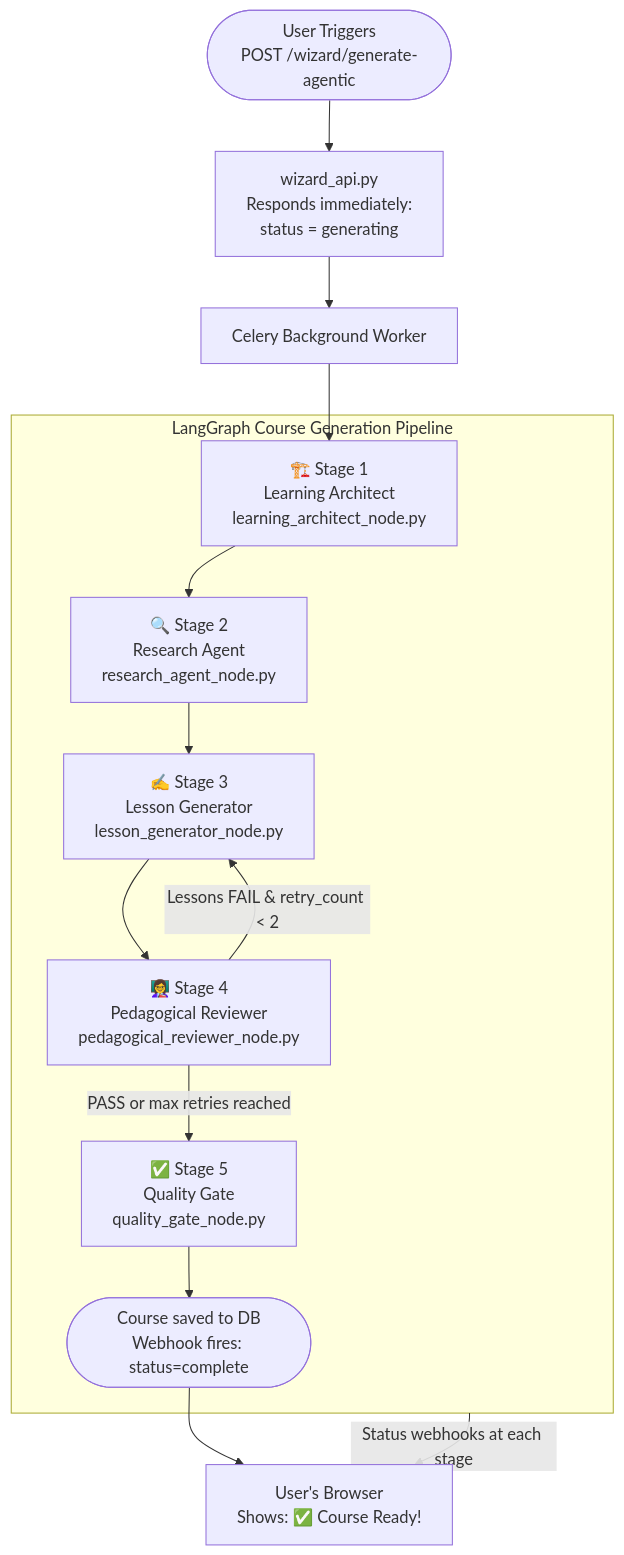
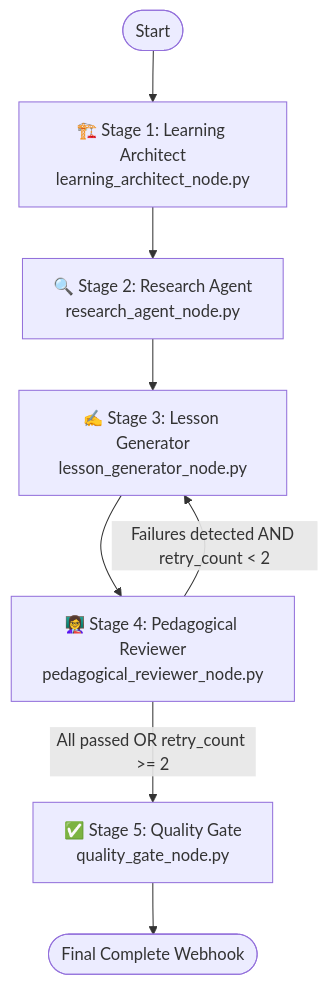
One commit to arnoldhere/CognitiveWizard changed the second of 6 diagrams in docs/Wizard_Generation.md. Above: the diagram before and after it, drawn with Mermaid. The commit also changed other lines of this file and 10 other files, not shown here.

Commit message:
FIX:Course generation bug fixes

````diff
--- a/docs/Wizard_Generation.md
+++ b/docs/Wizard_Generation.md
@@ -173,25 +121,11 @@
 ```mermaid
 flowchart TD
-    Start(["User Triggers\nPOST /wizard/generate-agentic"]) --> API["wizard_api.py\nResponds immediately:\nstatus = generating"]
-    API --> Celery["Celery Background Worker"]
+    Entry([Start]) --> Arch["🏗️ Stage 1: Learning Architect<br/>learning_architect_node.py"]
+    Arch --> Research["🔍 Stage 2: Research Agent<br/>research_agent_node.py"]
+    Research --> LessonGen["✍️ Stage 3: Lesson Generator<br/>lesson_generator_node.py"]
+    LessonGen --> Reviewer["👩‍🏫 Stage 4: Pedagogical Reviewer<br/>pedagogical_reviewer_node.py"]
 
-    subgraph Graph ["LangGraph Course Generation Pipeline"]
-        Arch["🏗️ Stage 1\nLearning Architect\nlearning_architect_node.py"]
-        Research["🔍 Stage 2\nResearch Agent\nresearch_agent_node.py"]
-        LessonGen["✍️ Stage 3\nLesson Generator\nlesson_generator_node.py"]
-        Reviewer["👩‍🏫 Stage 4\nPedagogical Reviewer\npedagogical_reviewer_node.py"]
-        QGate["✅ Stage 5\nQuality Gate\nquality_gate_node.py"]
-
-        Arch --> Research
-        Research --> LessonGen
-        LessonGen --> Reviewer
-        Reviewer -- "Lessons FAIL & retry_count < 2" --> LessonGen
-        Reviewer -- "PASS or max retries reached" --> QGate
-        QGate --> Done
-    end
-
-    Celery --> Arch
-    Done(["Course saved to DB\nWebhook fires: status=complete"]) --> UI["User's Browser\nShows: ✅ Course Ready!"]
-
-    Graph -- "Status webhooks at each stage" --> UI
+    Reviewer -- "Failures detected AND retry_count < 2" --> LessonGen
+    Reviewer -- "All passed OR retry_count >= 2" --> QGate["✅ Stage 5: Quality Gate<br/>quality_gate_node.py"]
+    QGate --> Done([Final Complete Webhook])
 ```
````
